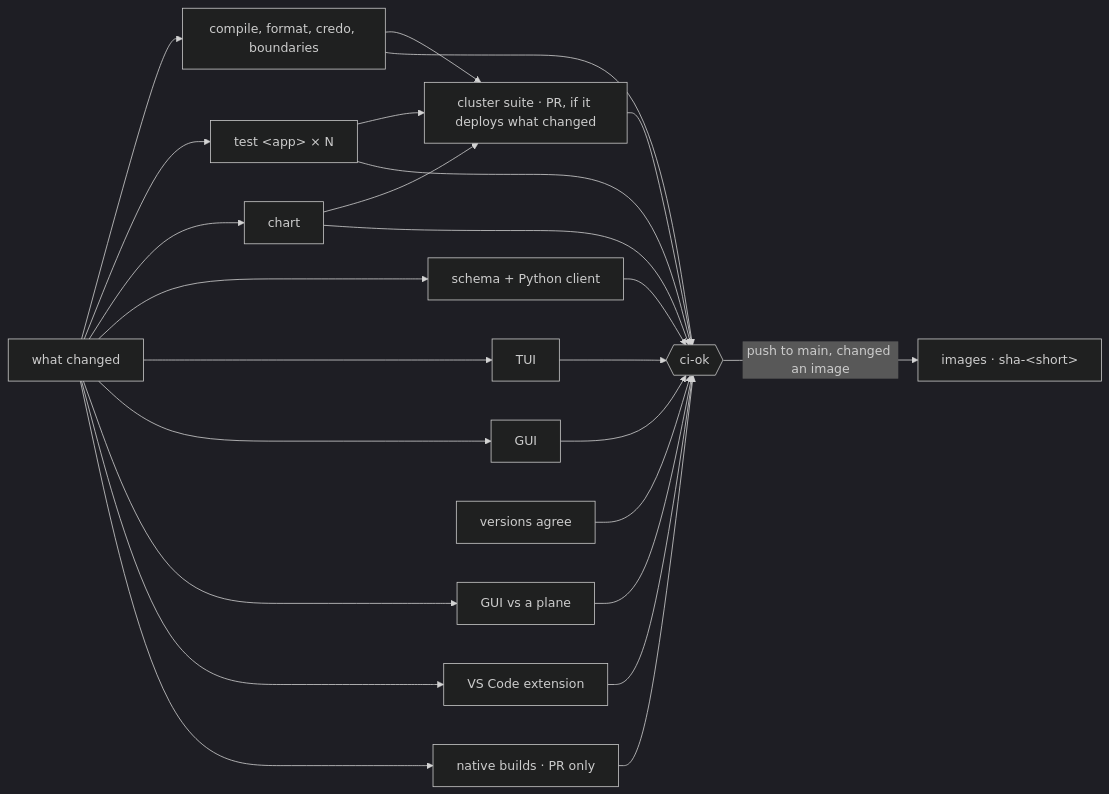
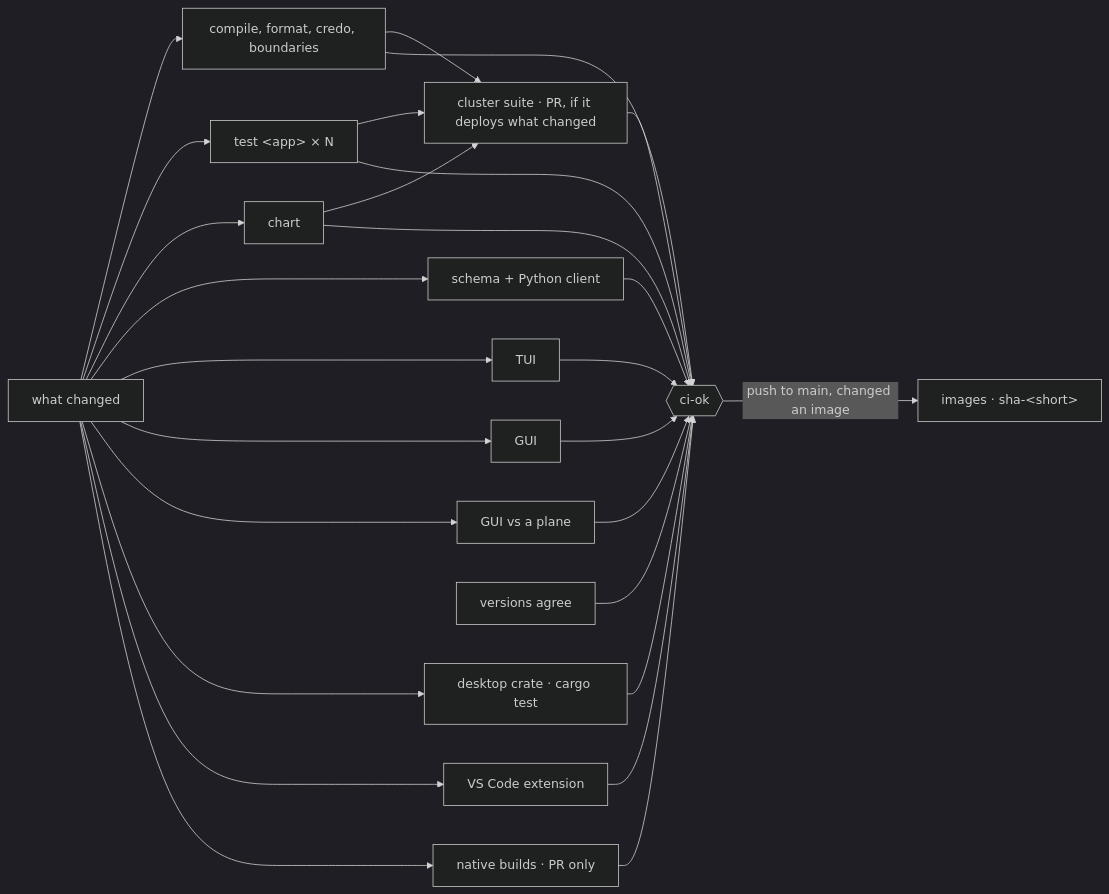
Before and after one commit to it-minds/troupe: the second of 4 diagrams in docs/developer/ci.md, drawn with Mermaid (dark theme). The commit also changed other lines of this file and 44 other files, not shown here.

First line of the commit message:
The plane, the chart, the desktop app and the tests keep their word in fourteen small places

````diff
--- a/docs/developer/ci.md
+++ b/docs/developer/ci.md
@@ -71,10 +71,10 @@
 ```mermaid
 flowchart LR
   changes[what changed] --> lint[compile, format, credo, boundaries]
   changes --> test["test &lt;app&gt; × N"]
-  changes --> chart & protocol[schema + Python client] & tui[TUI] & gui[GUI] & e2e[GUI vs a plane] & vscode[VS Code extension] & native[native builds · PR only]
+  changes --> chart & protocol[schema + Python client] & tui[TUI] & gui[GUI] & e2e[GUI vs a plane] & desktop[desktop crate · cargo test] & vscode[VS Code extension] & native[native builds · PR only]
   lint & test & chart --> cluster[cluster suite · PR, if it deploys what changed]
   versions[versions agree] --> ok
-  lint & test & chart & protocol & tui & gui & e2e & vscode & native & cluster --> ok{{ci-ok}}
+  lint & test & chart & protocol & tui & gui & e2e & desktop & vscode & native & cluster --> ok{{ci-ok}}
   ok -->|push to main, changed an image| images[images · sha-&lt;short&gt;]
 ```
````
